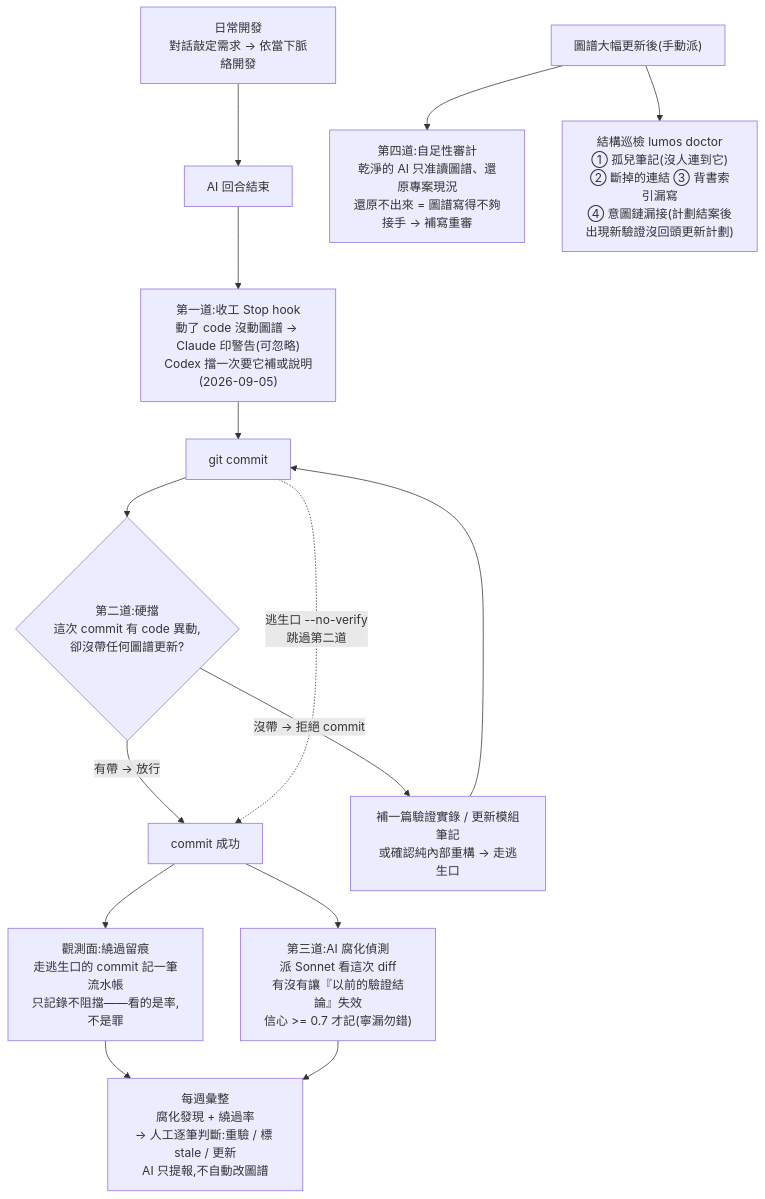
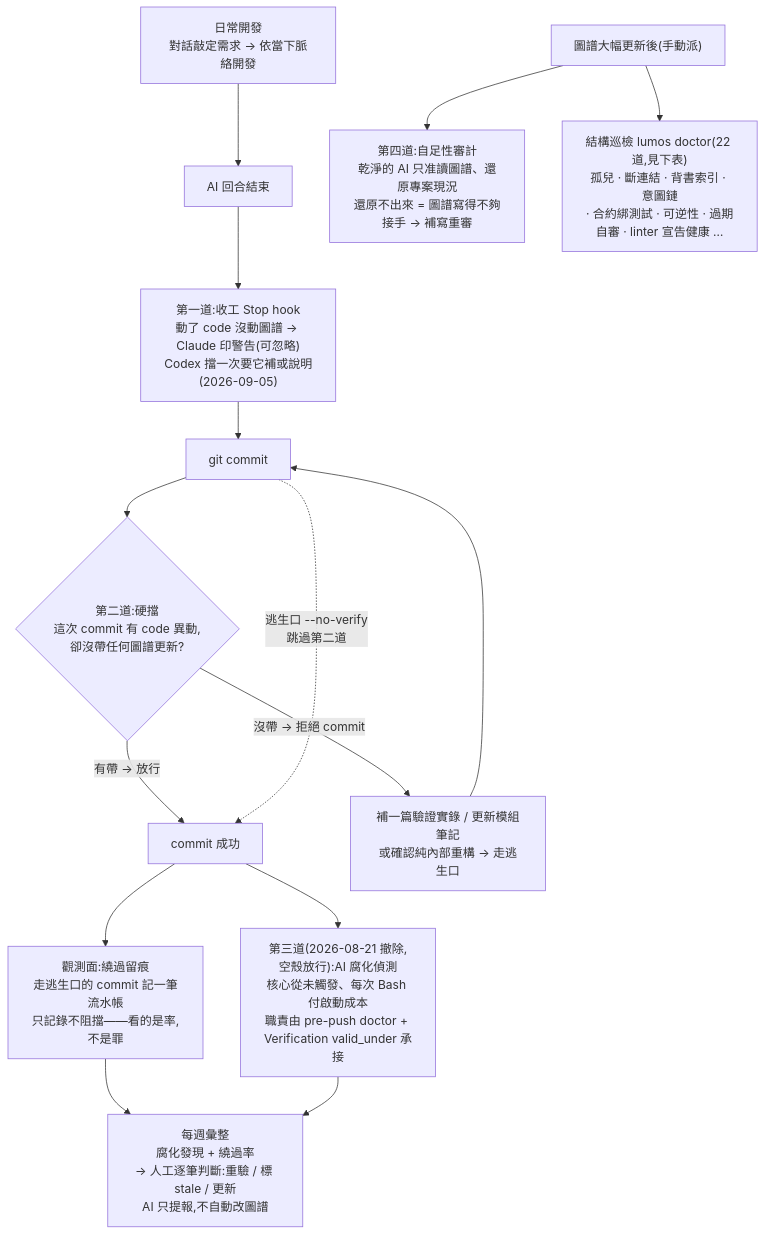
One commit to EnzoHsieh-Android/Lumos changed the second of 3 diagrams in docs/methodology/圖譜即合約.md. Above: the diagram before and after it, drawn with Mermaid. The commit also changed other lines of this file and 4 other files, not shown here.

First line of the commit message:
docs(架構圖): 四張圖跟上 08-26~09-05 的迴圈基建與兩家 harness——ARCHITECTURE 新 §5 良性循環圖(節點→鏡頭→席位→收貨→折入→處置帳→處置閘→凍結→寫回)、§1-4 補 governance/探針/AGENTS/lumos_reviewer/SessionStart/dispatch-lens、腐化偵測標撤除、命令家族補 11 個;全景圖 ③ 改現行做法(不再金絲雀/連兩輪)+22 道+Codex;開發工作流總覽 FLOW/KEY/圖/表;圖譜即合約 表補 8 列、L3 標撤除;對外論述補記

````diff
--- a/docs/methodology/圖譜即合約.md
+++ b/docs/methodology/圖譜即合約.md
@@ -97,18 +97,18 @@
 ```mermaid
 flowchart TB
     DEV["日常開發<br/>對話敲定需求 → 依當下脈絡開發"] --> TURN["AI 回合結束"]
     TURN --> L1["第一道:收工 Stop hook<br/>動了 code 沒動圖譜 → Claude 印警告(可忽略)<br/>Codex 擋一次要它補或說明(2026-09-05)"]
     L1 --> COMMIT["git commit"]
     COMMIT --> L2{"第二道:硬擋<br/>這次 commit 有 code 異動,<br/>卻沒帶任何圖譜更新?"}
     L2 -- "有帶 → 放行" --> OK["commit 成功"]
     L2 -- "沒帶 → 拒絕 commit" --> FIX["補一篇驗證實錄 / 更新模組筆記<br/>或確認純內部重構 → 走逃生口"]
     FIX --> COMMIT
     COMMIT -. "逃生口 --no-verify<br/>跳過第二道" .-> OK
     OK --> PC["觀測面:繞過留痕<br/>走逃生口的 commit 記一筆流水帳<br/>只記錄不阻擋——看的是率,不是罪"]
-    OK --> L3["第三道:AI 腐化偵測<br/>派 Sonnet 看這次 diff<br/>有沒有讓『以前的驗證結論』失效<br/>信心 >= 0.7 才記(寧漏勿錯)"]
+    OK --> L3["第三道(2026-08-21 撤除,空殼放行):AI 腐化偵測<br/>核心從未觸發、每次 Bash 付啟動成本<br/>職責由 pre-push doctor + Verification valid_under 承接"]
     PC --> DIGEST["每週彙整<br/>腐化發現 + 繞過率<br/>→ 人工逐筆判斷:重驗 / 標 stale / 更新<br/>AI 只提報,不自動改圖譜"]
     L3 --> DIGEST
 
     GU["圖譜大幅更新後(手動派)"] --> L4["第四道:自足性審計<br/>乾淨的 AI 只准讀圖譜、還原專案現況<br/>還原不出來 = 圖譜寫得不夠接手 → 補寫重審"]
-    GU --> GD["結構巡檢 lumos doctor<br/>① 孤兒筆記(沒人連到它)<br/>② 斷掉的連結 ③ 背書索引漏寫<br/>④ 意圖鏈漏接(計劃結案後出現新驗證沒回頭更新計劃)"]
+    GU --> GD["結構巡檢 lumos doctor(22 道,見下表)<br/>孤兒 · 斷連結 · 背書索引 · 意圖鏈<br/>· 合約綁測試 · 可逆性 · 過期自審 · linter 宣告健康 …"]
 ```
````
